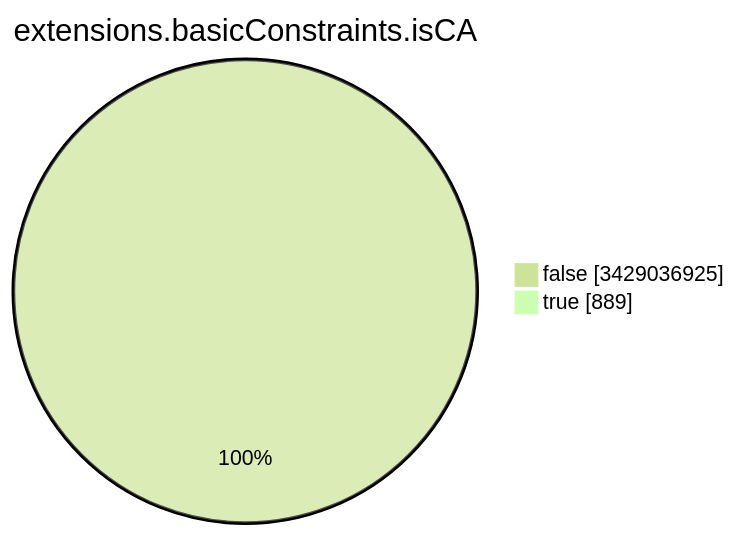
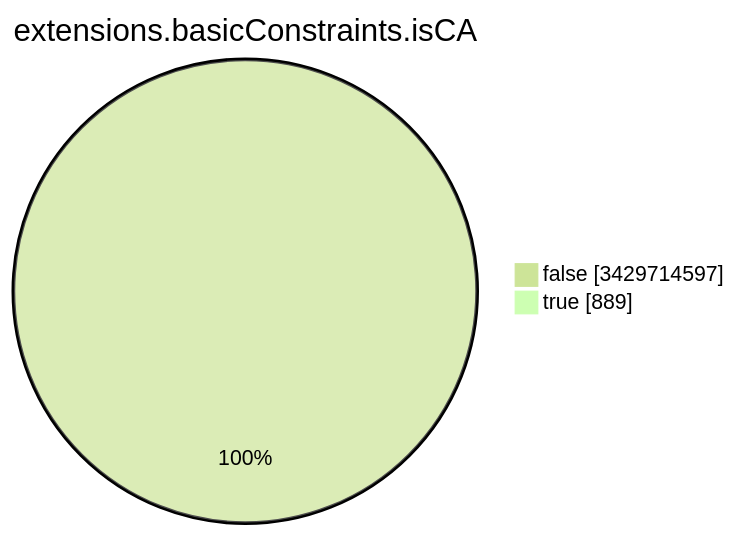
Before and after one commit to christiankrug/ctmonitor_visualization: the seventh of 15 diagrams in TOTAL/README.md, drawn with Mermaid (forest theme). The commit also changed other lines of this file, not shown here.

````diff
--- a/TOTAL/README.md
+++ b/TOTAL/README.md
@@ -3092,6 +3092,6 @@
 ```mermaid
 pie showData
 title extensions.basicConstraints.isCA
-"false" :3429036925
+"false" :3429714597
 "true" :889
 ```
````
